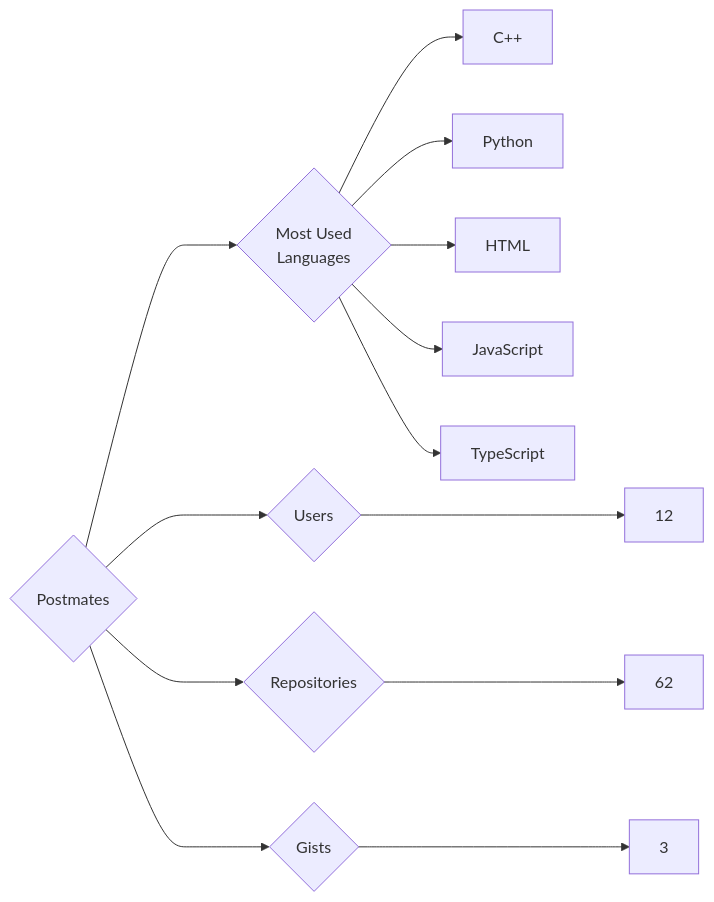
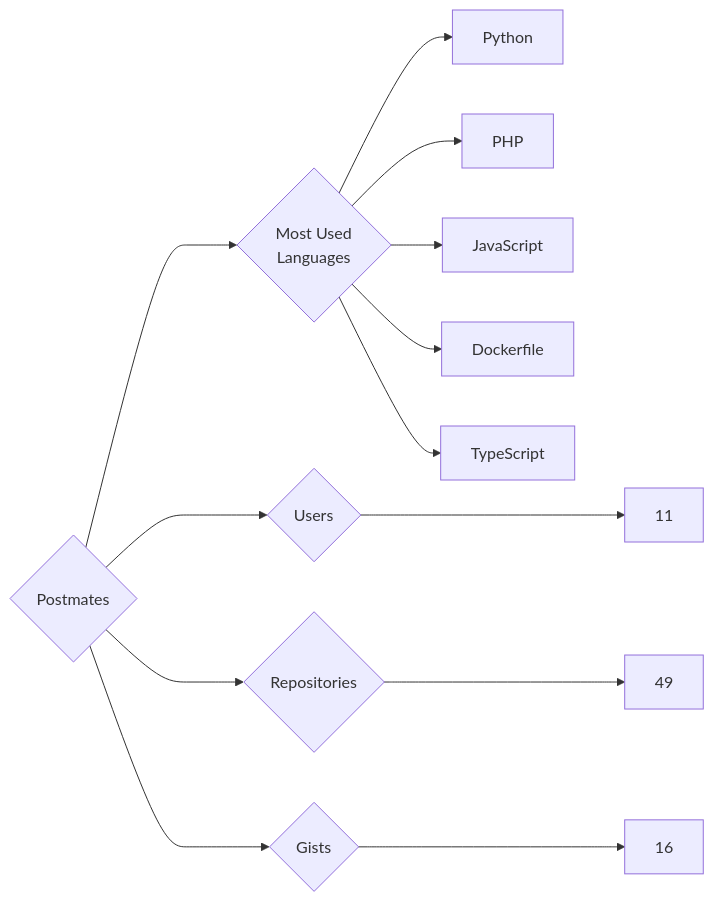
Before and after one commit to trickest/insiders: the diagram in targets/Postmates/README.md, drawn with Mermaid. The commit also changed 886 other files, not shown here.

````diff
--- a/targets/Postmates/README.md
+++ b/targets/Postmates/README.md
@@ -3,13 +3,13 @@
 ```mermaid
 graph LR
 COMPANY_NAME{Postmates}
-COMPANY_NAME ---> U{Users} ---> UN[12]
-COMPANY_NAME ---> R{Repositories} ---> RN[62]
-COMPANY_NAME ---> G{Gists} ---> GN[3]
+COMPANY_NAME ---> U{Users} ---> UN[11]
+COMPANY_NAME ---> R{Repositories} ---> RN[49]
+COMPANY_NAME ---> G{Gists} ---> GN[16]
 COMPANY_NAME ---> ML{Most Used<br>Languages}
-ML --> C++[C++]
 ML --> Python[Python]
-ML --> HTML[HTML]
+ML --> PHP[PHP]
 ML --> JavaScript[JavaScript]
+ML --> Dockerfile[Dockerfile]
 ML --> TypeScript[TypeScript]
 ```
````
